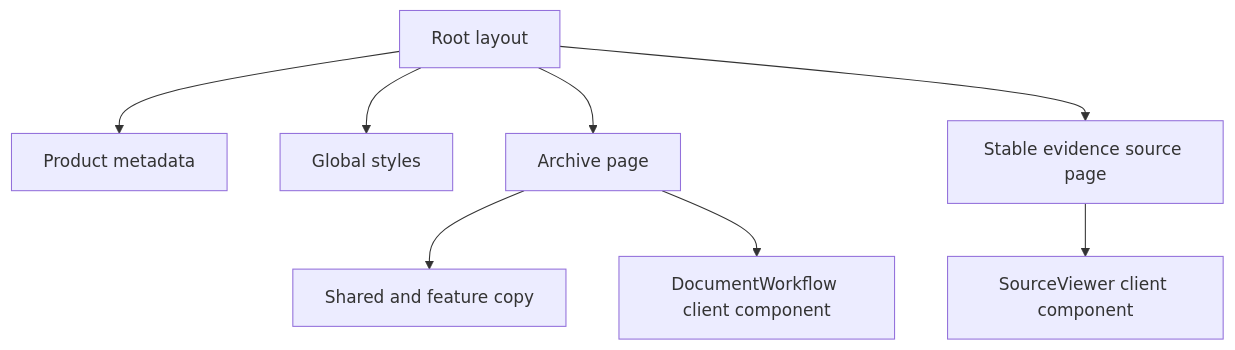
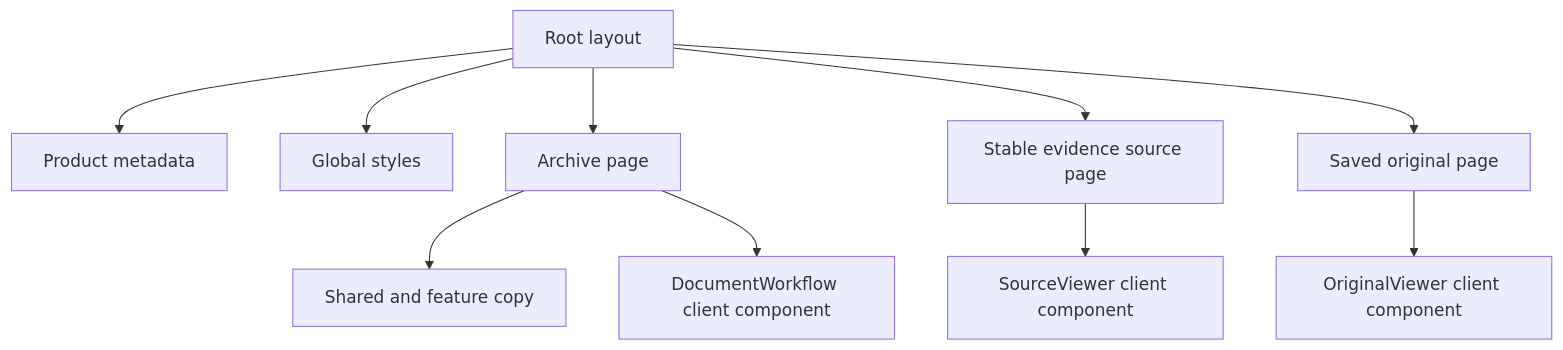
The diagram in frontend/src/app/README.md (rnkraus/investment-research), drawn with Mermaid before and after one commit. The commit also changed other lines of this file and 9 other files, not shown here.

````diff
--- a/frontend/src/app/README.md
+++ b/frontend/src/app/README.md
@@ -16,10 +17,12 @@
 ```mermaid
 flowchart TD
     LAYOUT[Root layout] --> METADATA[Product metadata]
     LAYOUT --> STYLES[Global styles]
     LAYOUT --> PAGE[Archive page]
     LAYOUT --> SOURCE[Stable evidence source page]
+    LAYOUT --> DOCUMENT[Saved original page]
     PAGE --> COPY[Shared and feature copy]
     PAGE --> WORKFLOW[DocumentWorkflow client component]
     SOURCE --> VIEWER[SourceViewer client component]
+    DOCUMENT --> ORIGINAL[OriginalViewer client component]
 ```
````
